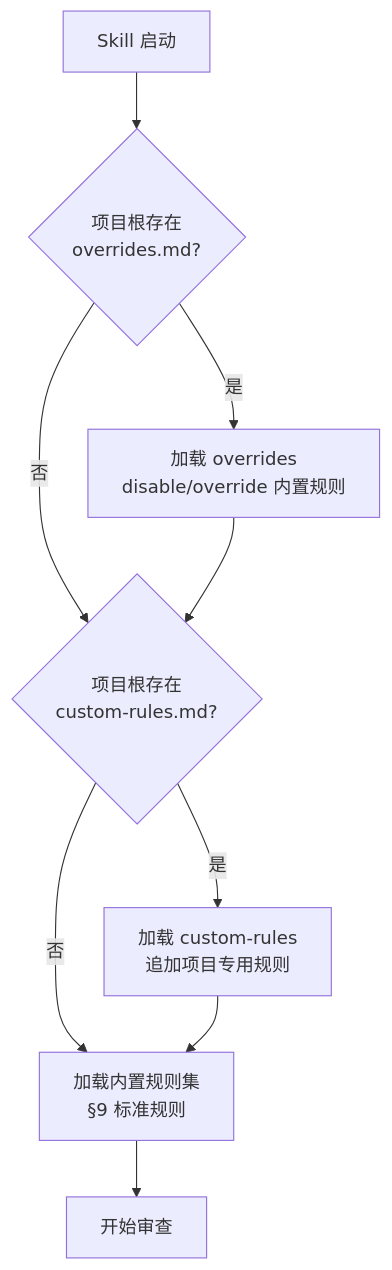
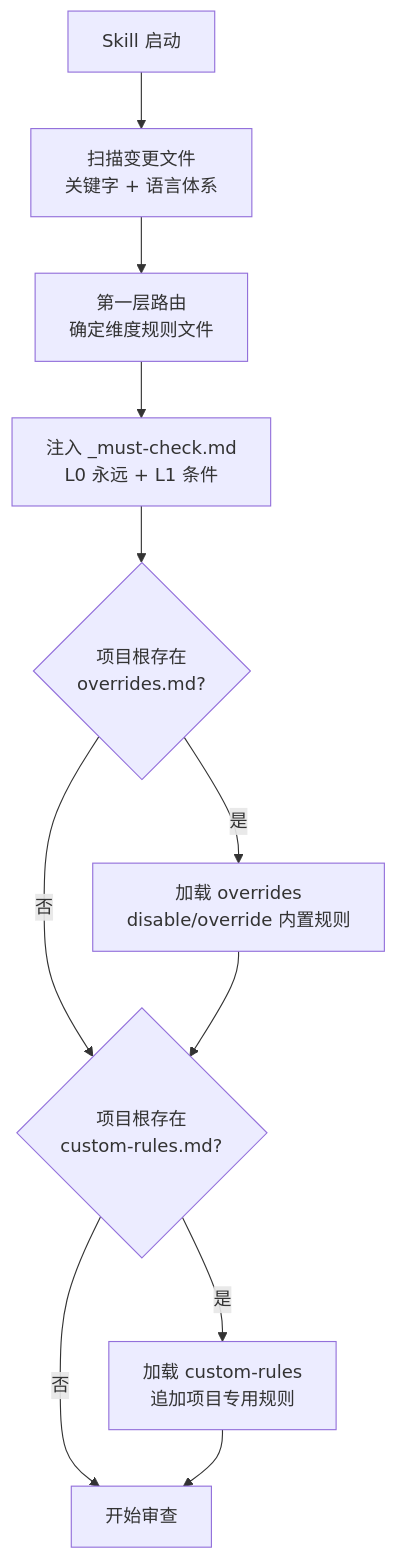
One commit to CaostGrace/ai-performance-code-review changed the first of 4 diagrams in Android 性能 CR AI Code Review 技能 prd文档.md. Above: the diagram before and after it, drawn with Mermaid. The commit also changed other lines of this file and 36 other files, not shown here.

````diff
--- a/Android 性能 CR AI Code Review 技能 prd文档.md
+++ b/Android 性能 CR AI Code Review 技能 prd文档.md
@@ -165,11 +191,13 @@
 ```mermaid
 flowchart TD
-    Start["Skill 启动"] --> Check1{"项目根存在<br/>overrides.md?"}
+    Start["Skill 启动"] --> Scan["扫描变更文件<br/>关键字 + 语言体系"]
+    Scan --> Route["第一层路由<br/>确定维度规则文件"]
+    Route --> Safety["注入 _must-check.md<br/>L0 永远 + L1 条件"]
+    Safety --> Check1{"项目根存在<br/>overrides.md?"}
     Check1 -->|"是"| Load1["加载 overrides<br/>disable/override 内置规则"]
     Check1 -->|"否"| Check2
     Load1 --> Check2{"项目根存在<br/>custom-rules.md?"}
     Check2 -->|"是"| Load2["加载 custom-rules<br/>追加项目专用规则"]
-    Check2 -->|"否"| Default["加载内置规则集<br/>§9 标准规则"]
-    Load2 --> Default
-    Default --> Done["开始审查"]
+    Check2 -->|"否"| Done["开始审查"]
+    Load2 --> Done
 ```
````
